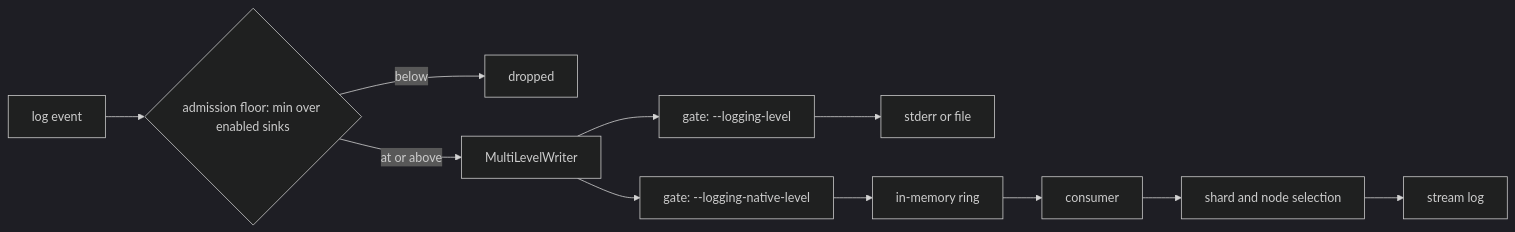
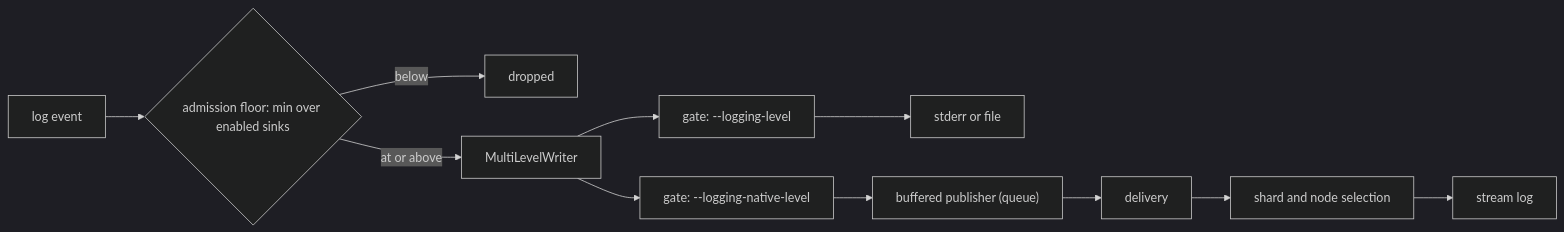
The diagram in docs/design/0.12.0/self-stored-logs/README.md (apache/skywalking-banyandb), drawn with Mermaid (dark theme) before and after one commit. The commit also changed other lines of this file and 43 other files, not shown here.

````diff
--- a/docs/design/0.12.0/self-stored-logs/README.md
+++ b/docs/design/0.12.0/self-stored-logs/README.md
@@ -66,9 +66,9 @@
 ```mermaid
 flowchart LR
   E["log event"] --> F{"admission floor: min over enabled sinks"}
   F -->|below| X["dropped"]
   F -->|at or above| M["MultiLevelWriter"]
   M --> C["gate: --logging-level"] --> S["stderr or file"]
-  M --> N["gate: --logging-native-level"] --> R["in-memory ring"]
-  R --> K["consumer"] --> P["shard and node selection"] --> D["stream log"]
+  M --> N["gate: --logging-native-level"] --> R["buffered publisher (queue)"]
+  R --> K["delivery"] --> P["shard and node selection"] --> D["stream log"]
 ```
````
